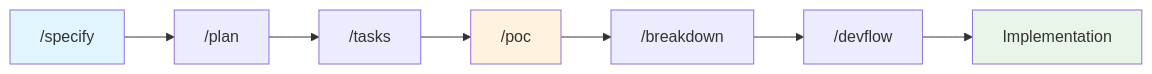
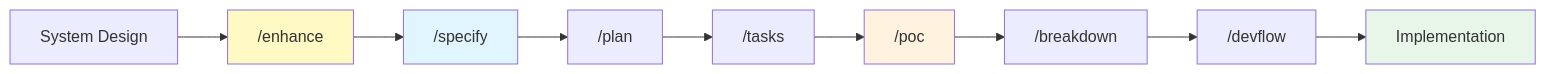
The diagram in commands/README.md (Mathews-Tom/sage-dev), drawn with Mermaid before and after one commit. The commit also changed other lines of this file and 1 other file, not shown here.

First line of the commit message:
docs: introduce /enhance and shift workflow to research-first

````diff
--- a/commands/README.md
+++ b/commands/README.md
@@ -9,13 +9,16 @@
 ```mermaid
 graph LR
-    A["/specify"] --> B["/plan"]
-    B --> C["/tasks"]
-    C --> D["/poc"]
-    D --> E["/breakdown"]
-    E --> F["/devflow"]
-    F --> G[Implementation]
-    
-    style A fill:#e1f5fe
-    style D fill:#fff3e0
-    style G fill:#e8f5e9
+    H[System Design] --> A["/enhance"]
+    A --> B["/specify"]
+    B --> C["/plan"]
+    C --> D["/tasks"]
+    D --> E["/poc"]
+    E --> F["/breakdown"]
+    F --> G["/devflow"]
+    G --> I[Implementation]
+
+    style A fill:#fff9c4
+    style B fill:#e1f5fe
+    style E fill:#fff3e0
+    style I fill:#e8f5e9
 ```
````
